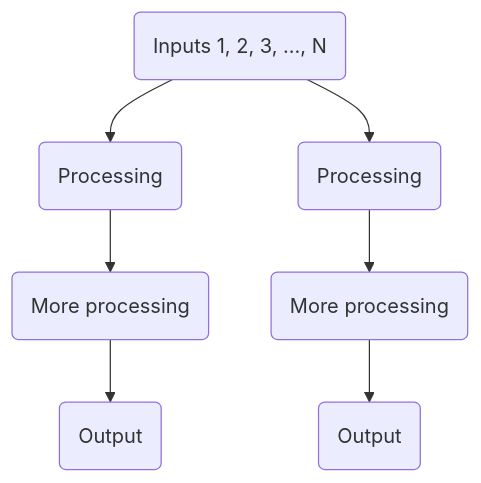
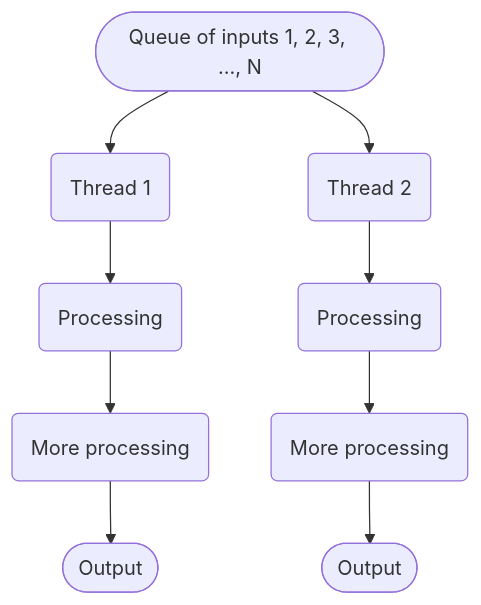
The second of 3 diagrams in book/part_4_parallelism/002_where.qmd (pythonspeed/low-level-performance-book), drawn with Mermaid before and after one commit. The commit also changed other lines of this file and 2 other files, not shown here.

````diff
--- a/book/part_4_parallelism/002_where.qmd
+++ b/book/part_4_parallelism/002_where.qmd
@@ -47,9 +53,11 @@
 ```{mermaid}
 flowchart TD
- A("Inputs 1, 2, 3, ..., N") --> B("Processing")
+ A(["Queue of inputs 1, 2, 3, ..., N"]) --> T("Thread 1")
+ T --> B("Processing")
  B --> C("More processing")
- C --> D("Output")
- A --> B2("Processing")
+ C --> D(["Output"])
+ A --> T2("Thread 2")
+ T2 --> B2("Processing")
  B2 --> C2("More processing")
- C2 --> D2("Output")
+ C2 --> D2(["Output"])
 ```
````
